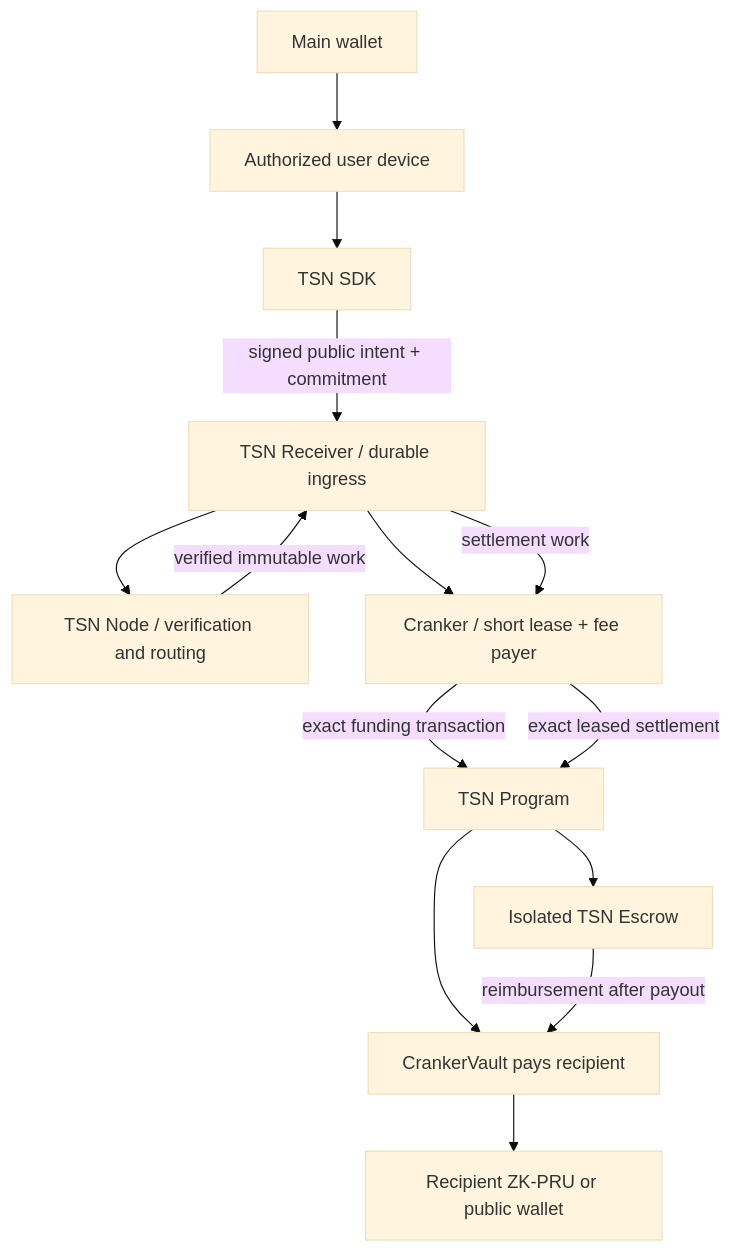
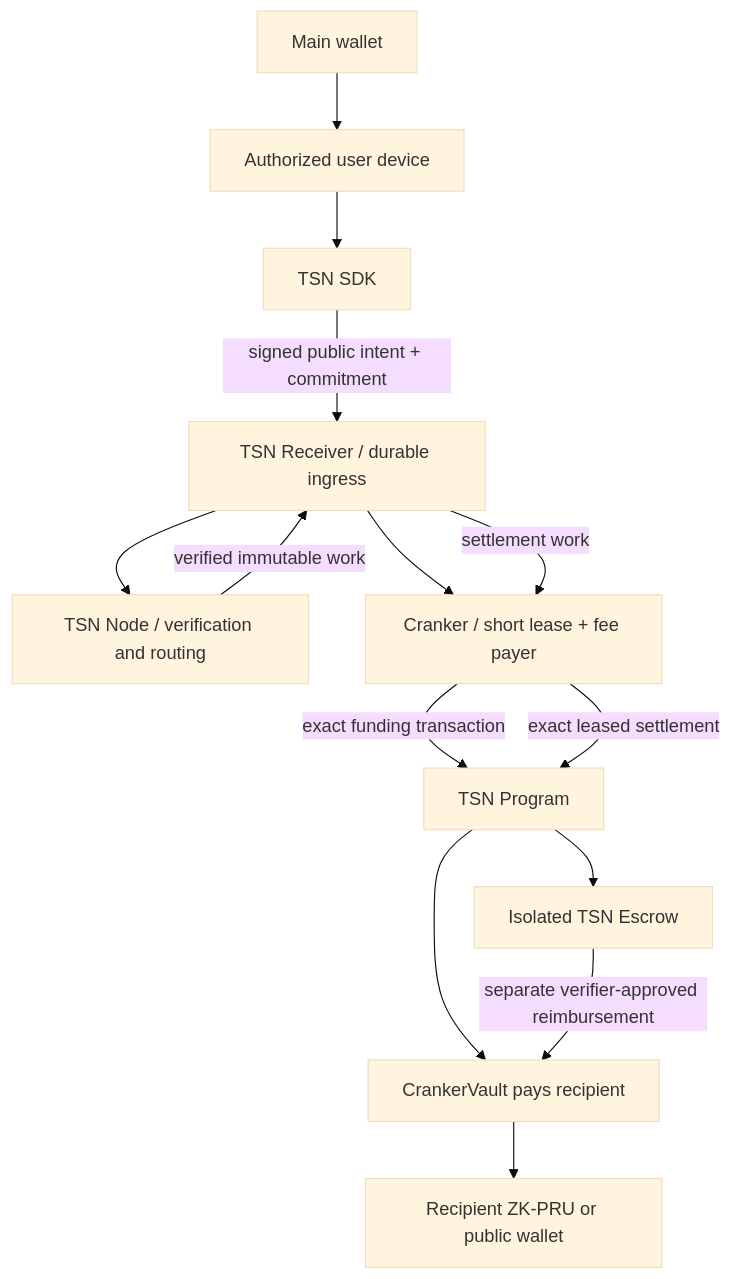
The first of 3 diagrams in docs/TSN-FINAL-ARCHITECTURE.md (bigdreamsweb3/trustlink-pay), drawn with Mermaid (base theme) before and after one commit. The commit also changed other lines of this file and 6 other files, not shown here.

````diff
--- a/docs/TSN-FINAL-ARCHITECTURE.md
+++ b/docs/TSN-FINAL-ARCHITECTURE.md
@@ -14,16 +14,16 @@
 ```mermaid
 flowchart TD
   W["Main wallet"] --> D["Authorized user device"]
   D --> SDK["TSN SDK"]
   SDK -->|"signed public intent + commitment"| R["TSN Receiver / durable ingress"]
   R --> N["TSN Node / verification and routing"]
   N -->|"verified immutable work"| R
   R --> C["Cranker / short lease + fee payer"]
   C -->|"exact funding transaction"| P["TSN Program"]
   P --> E["Isolated TSN Escrow"]
   R -->|"settlement work"| C
   C -->|"exact leased settlement"| P
   P --> CV["CrankerVault pays recipient"]
-  E -->|"reimbursement after payout"| CV
+  E -->|"separate verifier-approved reimbursement"| CV
   CV --> Z["Recipient ZK-PRU or public wallet"]
 ```
````
